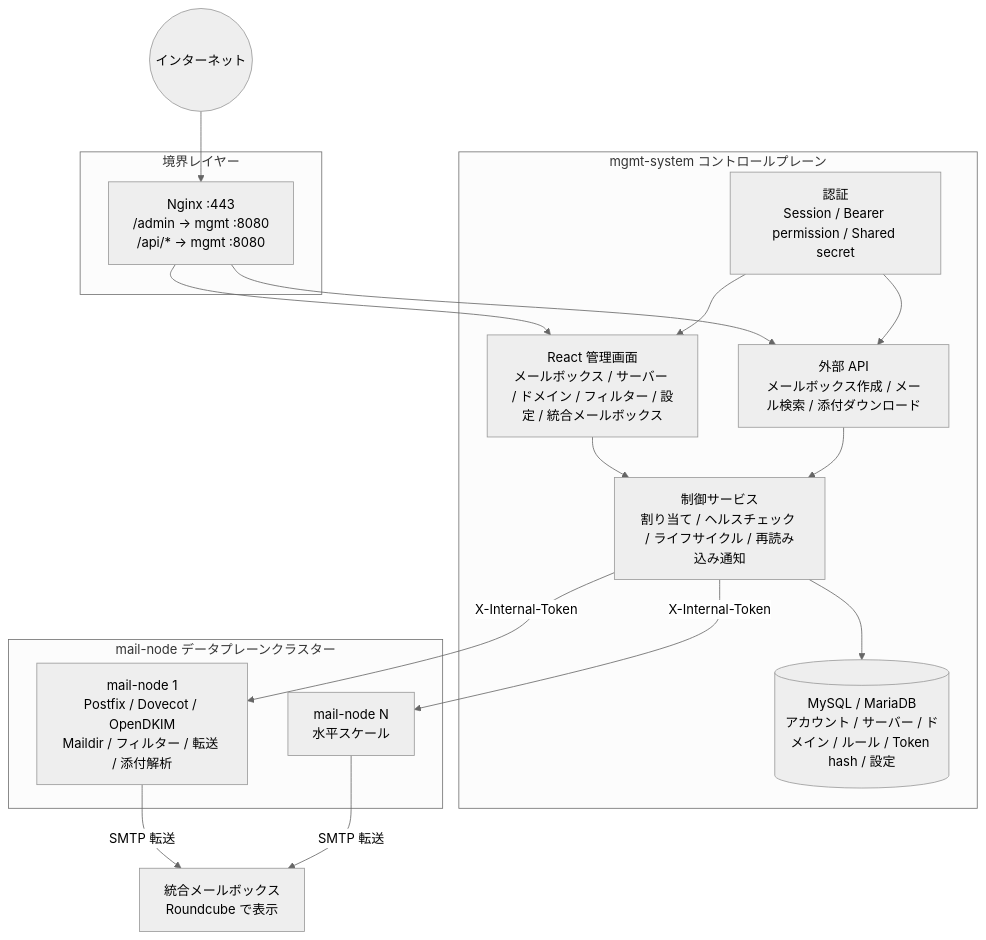
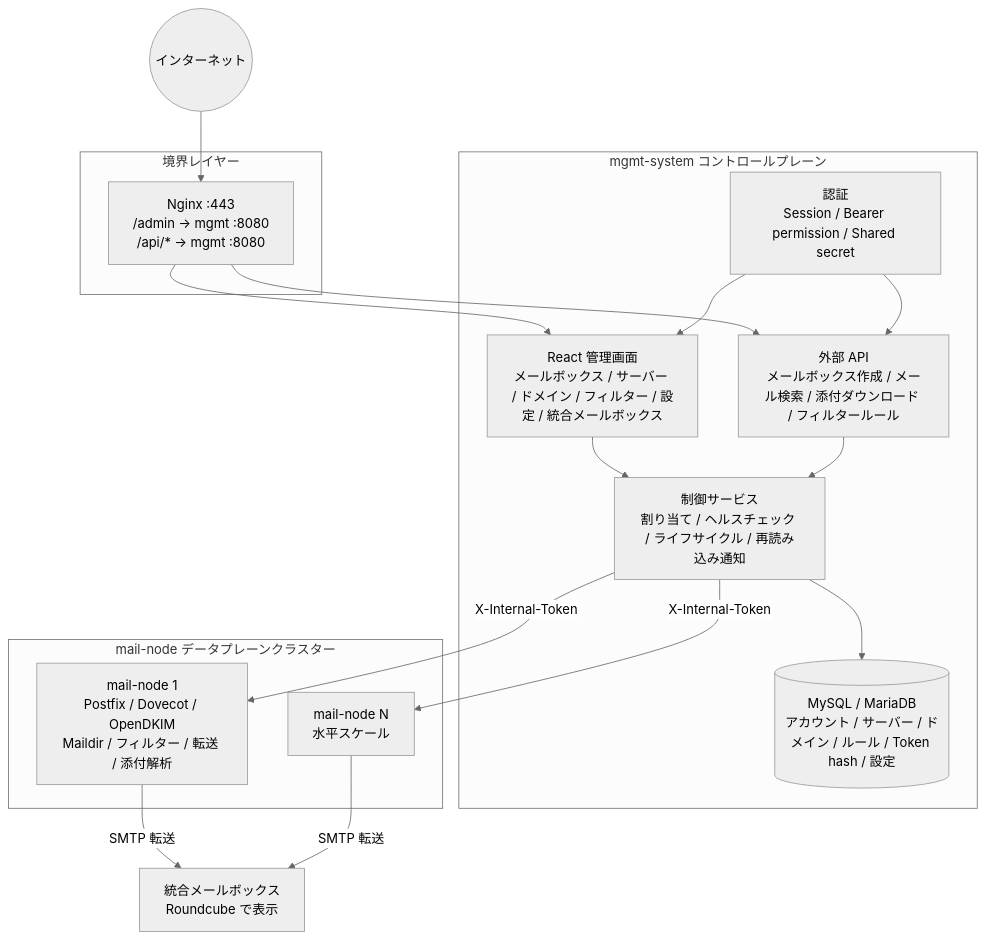
Before and after one commit to snowflake-yezi/MailHub: the diagram in README.ja.md, drawn with Mermaid (neutral theme). The commit also changed other lines of this file and 14 other files, not shown here.

````diff
--- a/README.ja.md
+++ b/README.ja.md
@@ -61,36 +61,36 @@
 ```mermaid
 flowchart TB
     internet((インターネット))
 
     subgraph edge["境界レイヤー"]
         nginx["Nginx :443<br/>/admin -> mgmt :8080<br/>/api/* -> mgmt :8080"]
     end
 
     subgraph mgmt["mgmt-system コントロールプレーン"]
         web["React 管理画面<br/>メールボックス / サーバー / ドメイン / フィルター / 設定 / 統合メールボックス"]
-        api["外部 API<br/>メールボックス作成 / メール検索 / 添付ダウンロード"]
+        api["外部 API<br/>メールボックス作成 / メール検索 / 添付ダウンロード / フィルタールール"]
         control["制御サービス<br/>割り当て / ヘルスチェック / ライフサイクル / 再読み込み通知"]
         auth["認証<br/>Session / Bearer permission / Shared secret"]
         db[("MySQL / MariaDB<br/>アカウント / サーバー / ドメイン / ルール / Token hash / 設定")]
     end
 
     subgraph nodes["mail-node データプレーンクラスター"]
         node1["mail-node 1<br/>Postfix / Dovecot / OpenDKIM<br/>Maildir / フィルター / 転送 / 添付解析"]
         nodeN["mail-node N<br/>水平スケール"]
     end
 
     union["統合メールボックス<br/>Roundcube で表示"]
 
     internet --> nginx
     nginx --> web
     nginx --> api
     web --> control
     api --> control
     auth --> web
     auth --> api
     control --> db
     control -->|"X-Internal-Token"| node1
     control -->|"X-Internal-Token"| nodeN
     node1 -->|"SMTP 転送"| union
     nodeN -->|"SMTP 転送"| union
 ```
````
